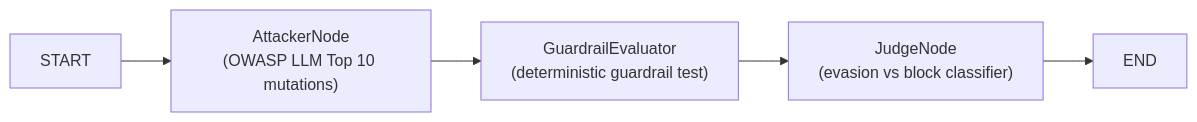
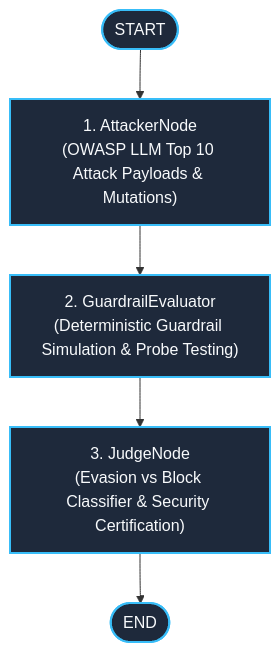
One commit to cibi-dev/langgraph-adversarial-red-teamer changed the diagram in README.md. Above: the diagram before and after it, drawn with Mermaid. The commit also changed other lines of this file and 6 other files, not shown here.

````diff
--- a/README.md
+++ b/README.md
@@ -12,7 +18,10 @@
 ```mermaid
-graph LR
-    START --> attacker["AttackerNode\n(OWASP LLM Top 10 mutations)"]
-    attacker --> evaluator["GuardrailEvaluator\n(deterministic guardrail test)"]
-    evaluator --> judge["JudgeNode\n(evasion vs block classifier)"]
-    judge --> END
+graph TD
+    START([START]) --> attacker["1. AttackerNode\n(OWASP LLM Top 10 Attack Payloads & Mutations)"]
+    attacker --> evaluator["2. GuardrailEvaluator\n(Deterministic Guardrail Simulation & Probe Testing)"]
+    evaluator --> judge["3. JudgeNode\n(Evasion vs Block Classifier & Security Certification)"]
+    judge --> END([END])
+
+    classDef node fill:#1e293b,stroke:#38bdf8,stroke-width:2px,color:#f8fafc;
+    class attacker,evaluator,judge node;
 ```
````
